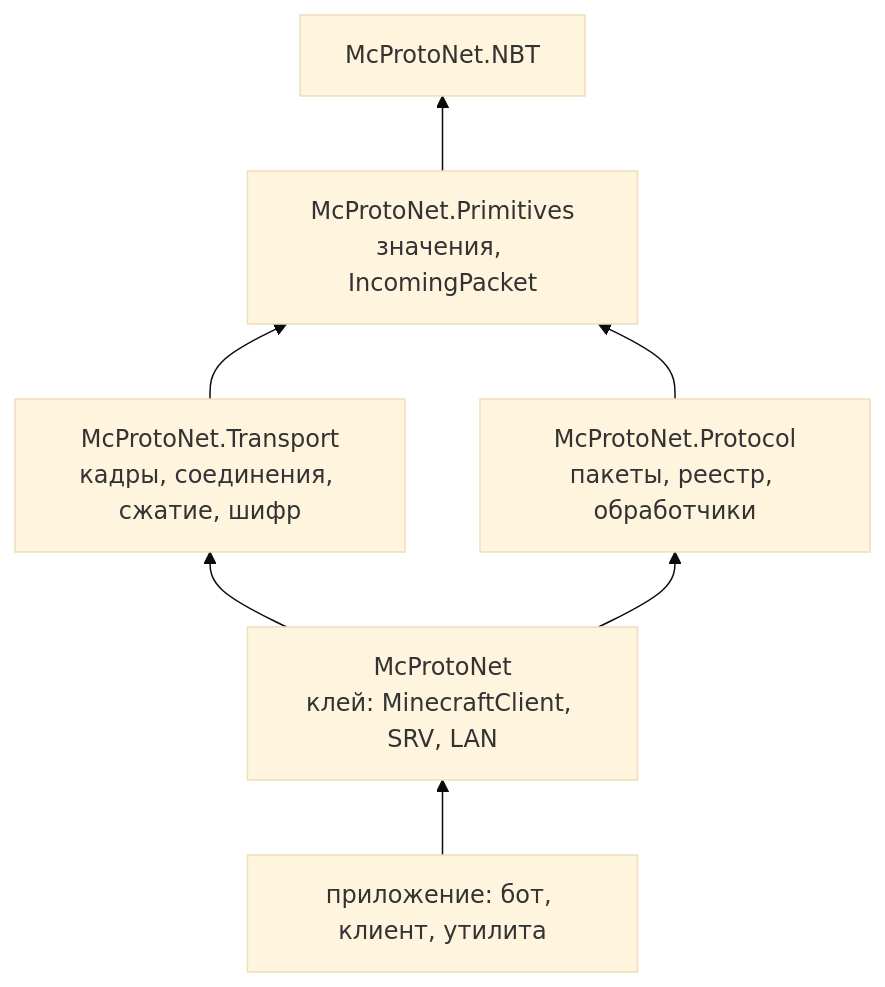
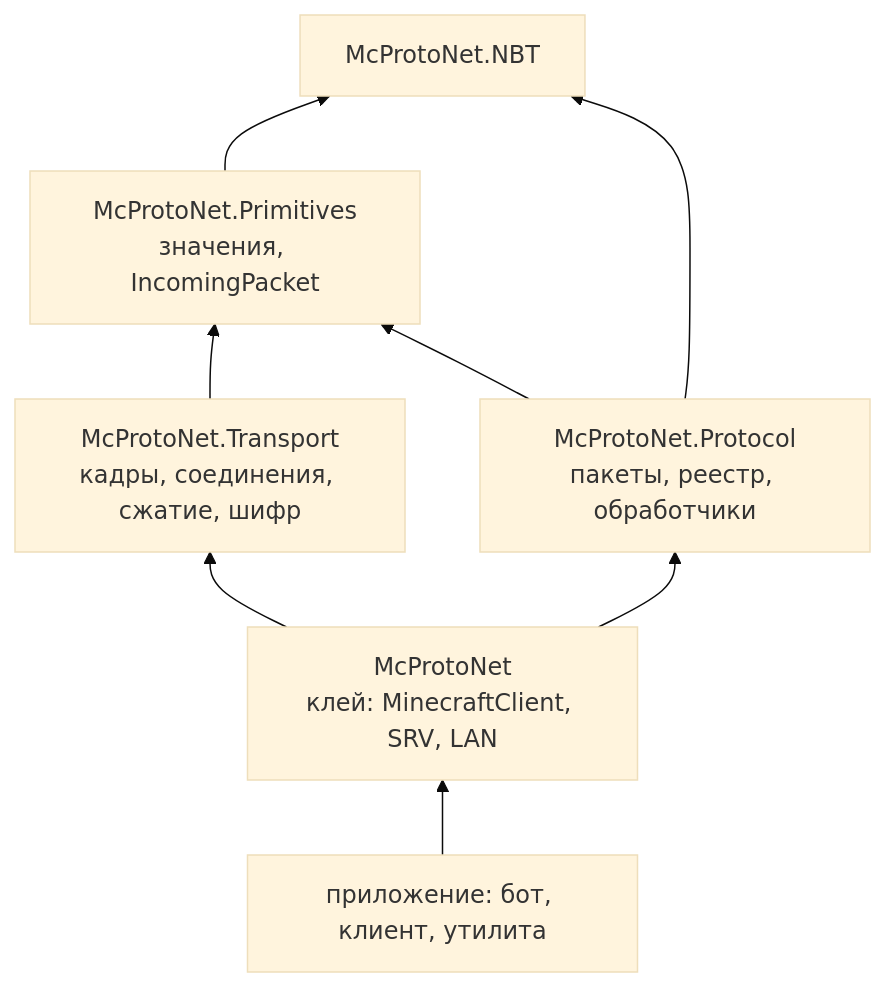
Before and after one commit to Titlehhhh/McProtoNet: the diagram in docs/site/i18n/ru/docusaurus-plugin-content-docs/current/03-architecture/02-who-knows-whom.md, drawn with Mermaid (base theme). The commit also changed 28 other files, not shown here.

````diff
--- a/docs/site/i18n/ru/docusaurus-plugin-content-docs/current/03-architecture/02-who-knows-whom.md
+++ b/docs/site/i18n/ru/docusaurus-plugin-content-docs/current/03-architecture/02-who-knows-whom.md
@@ -5,9 +5,10 @@
 ```mermaid
 flowchart BT
     app["приложение: бот, клиент, утилита"] --> glue
     glue["McProtoNet<br/>клей: MinecraftClient, SRV, LAN"] --> transport
     glue --> protocol
     transport["McProtoNet.Transport<br/>кадры, соединения, сжатие, шифр"] --> primitives
     protocol["McProtoNet.Protocol<br/>пакеты, реестр, обработчики"] --> primitives
+    protocol --> nbt
     primitives["McProtoNet.Primitives<br/>значения, IncomingPacket"] --> nbt["McProtoNet.NBT"]
 ```
````
